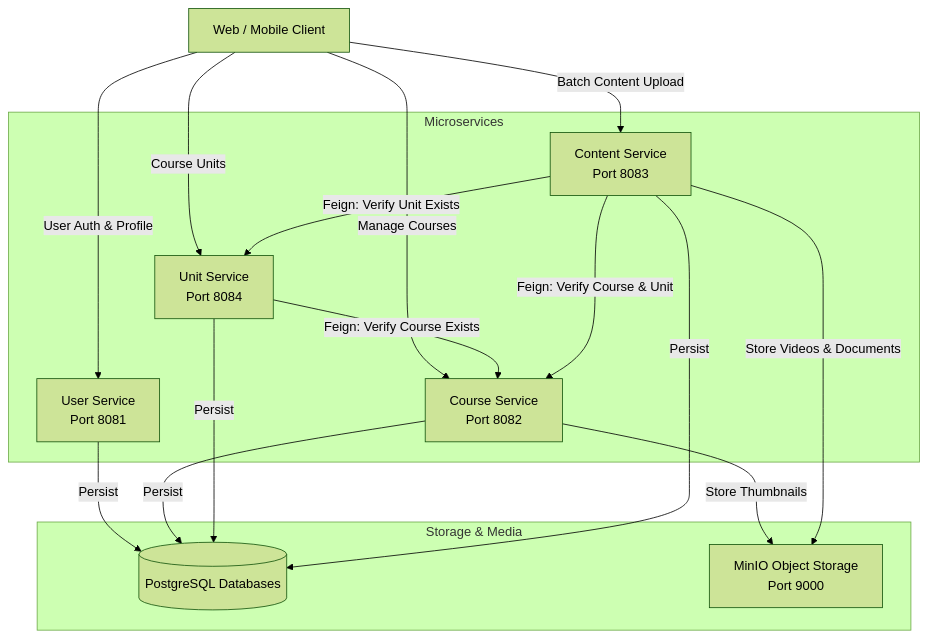
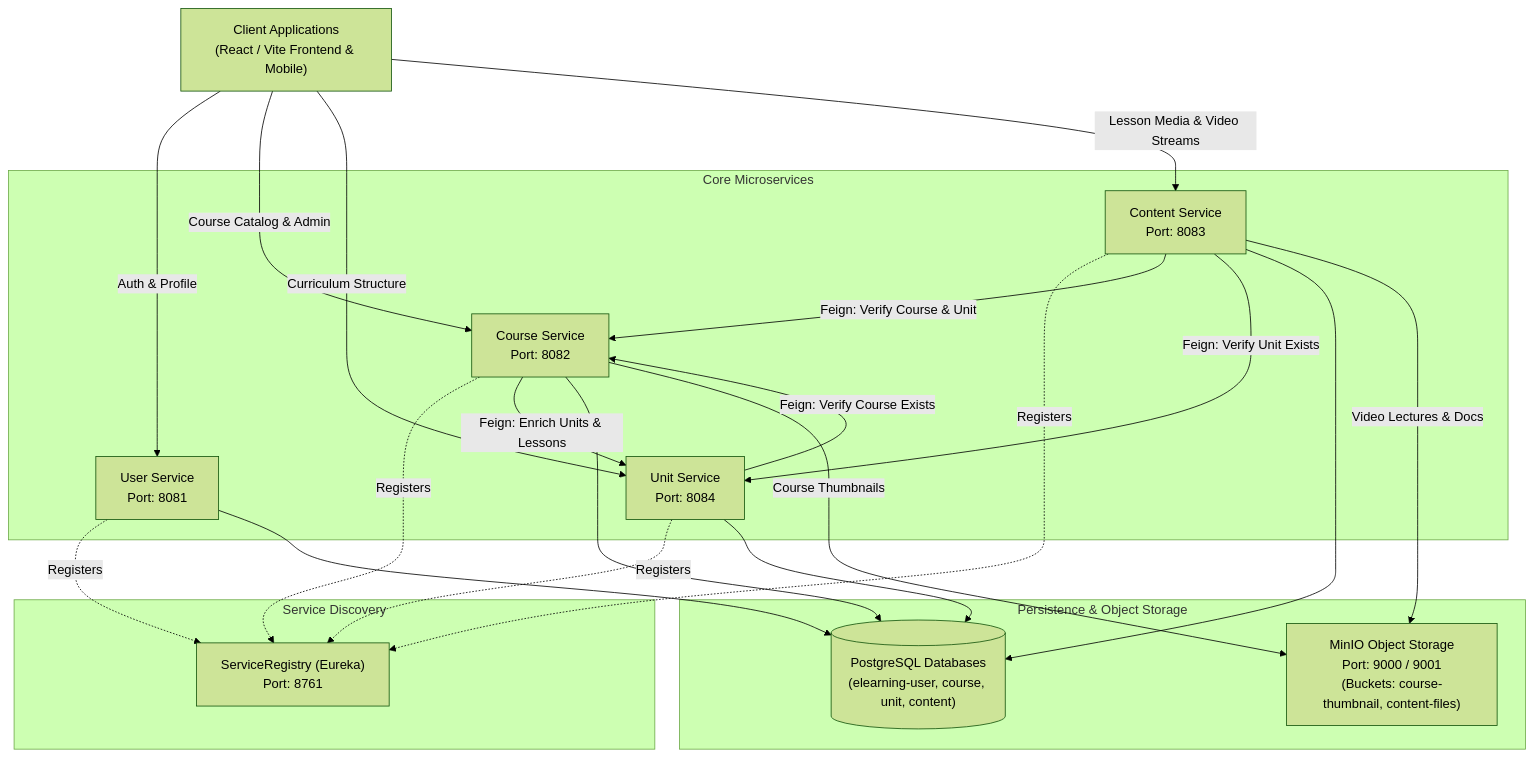
The diagram in README.md (DebarghyaAich/E_LEARNING-APP), drawn with Mermaid (forest theme) before and after one commit. The commit also changed other lines of this file and 76 other files, not shown here.

First line of the commit message:
feat: full-fledged frontend integration, modern slate UI & microservices workflow

````diff
--- a/README.md
+++ b/README.md
@@ -11,33 +16,43 @@
 ```mermaid
 graph TD
-    Client[Web / Mobile Client]
+    Client["Client Applications<br/>(React / Vite Frontend & Mobile)"]
 
-    subgraph Microservices
-        US[User Service<br/>Port 8081]
-        CS[Course Service<br/>Port 8082]
-        UN[Unit Service<br/>Port 8084]
-        CT[Content Service<br/>Port 8083]
+    subgraph Service Discovery
+        SR["ServiceRegistry (Eureka)<br/>Port: 8761"]
     end
 
-    subgraph Storage & Media
-        PG[(PostgreSQL Databases)]
-        MO[MinIO Object Storage<br/>Port 9000]
+    subgraph Core Microservices
+        US["User Service<br/>Port: 8081"]
+        CS["Course Service<br/>Port: 8082"]
+        UN["Unit Service<br/>Port: 8084"]
+        CT["Content Service<br/>Port: 8083"]
     end
 
-    Client -->|User Auth & Profile| US
-    Client -->|Manage Courses| CS
-    Client -->|Course Units| UN
-    Client -->|Batch Content Upload| CT
+    subgraph Persistence & Object Storage
+        PG[("PostgreSQL Databases<br/>(elearning-user, course, unit, content)")]
+        MO["MinIO Object Storage<br/>Port: 9000 / 9001<br/>(Buckets: course-thumbnail, content-files)"]
+    end
+
+    Client -->|Auth & Profile| US
+    Client -->|Course Catalog & Admin| CS
+    Client -->|Curriculum Structure| UN
+    Client -->|Lesson Media & Video Streams| CT
+
+    US -.->|Registers| SR
+    CS -.->|Registers| SR
+    UN -.->|Registers| SR
+    CT -.->|Registers| SR
 
     UN -->|Feign: Verify Course Exists| CS
     CT -->|Feign: Verify Course & Unit| CS
     CT -->|Feign: Verify Unit Exists| UN
+    CS -->|Feign: Enrich Units & Lessons| UN
 
-    US -->|Persist| PG
-    CS -->|Persist| PG
-    UN -->|Persist| PG
-    CT -->|Persist| PG
+    US --> PG
+    CS --> PG
+    UN --> PG
+    CT --> PG
 
-    CS -->|Store Thumbnails| MO
-    CT -->|Store Videos & Documents| MO
+    CS -->|Course Thumbnails| MO
+    CT -->|Video Lectures & Docs| MO
 ```
````
